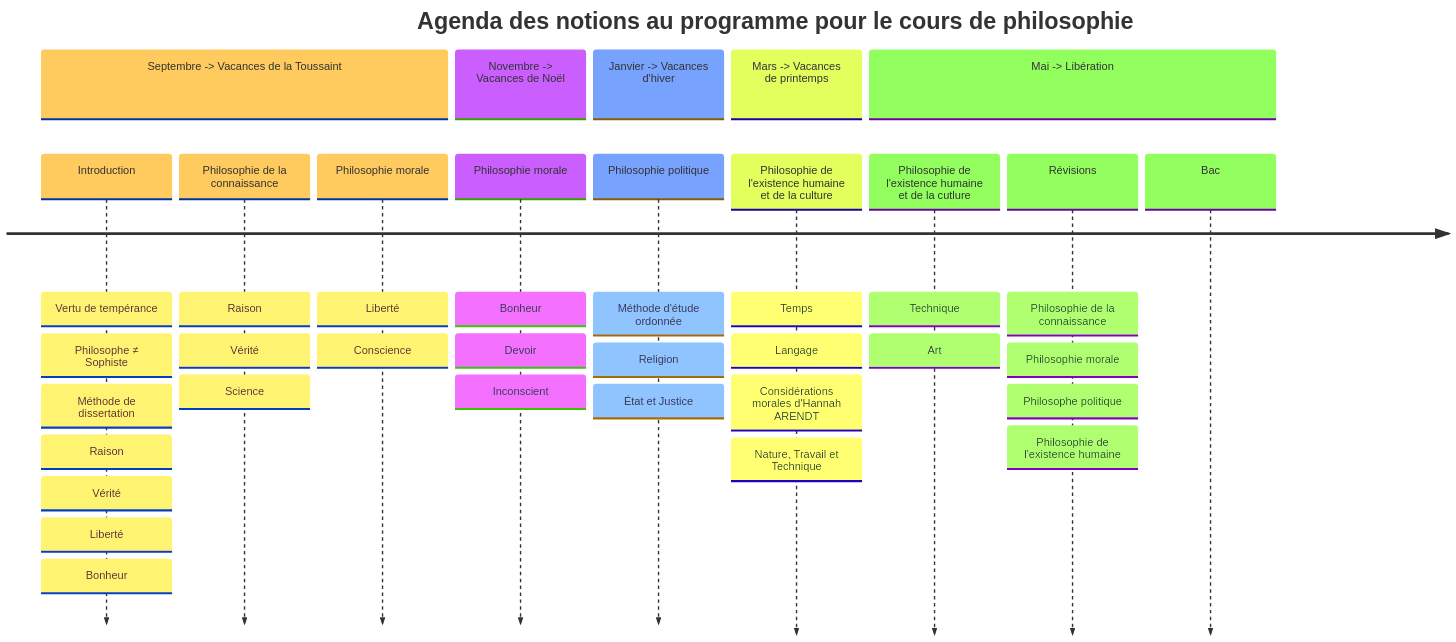
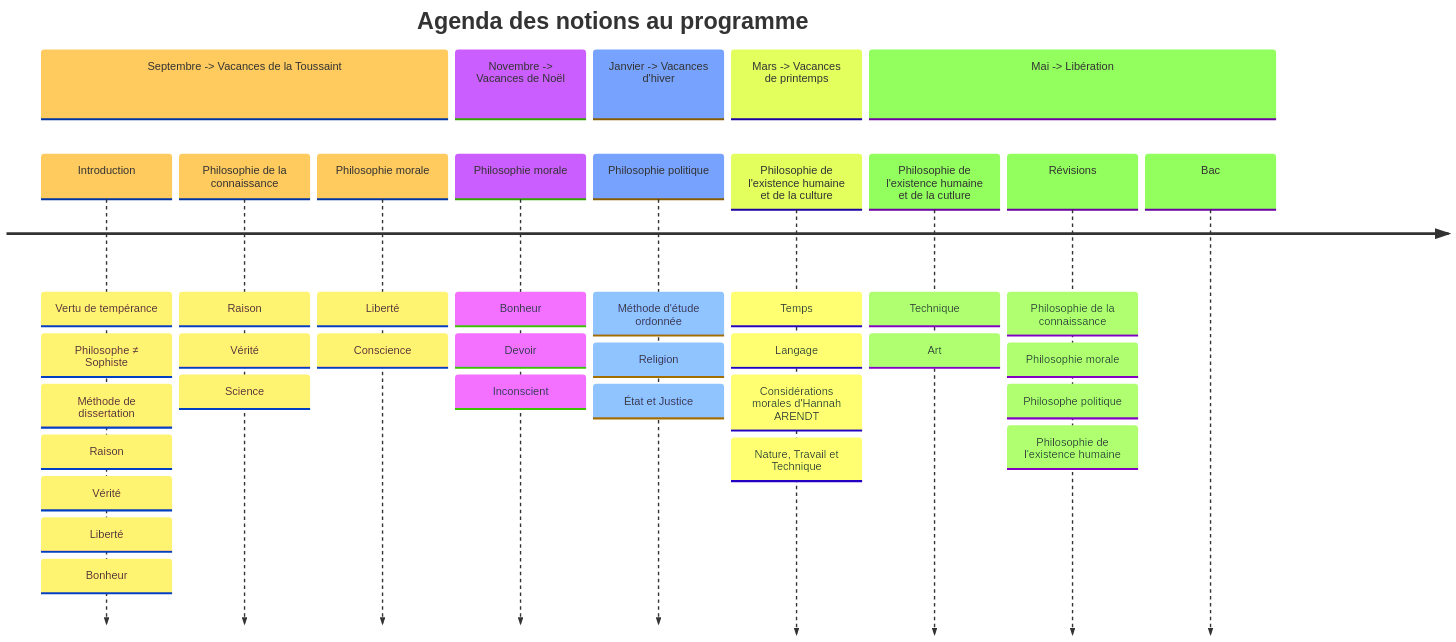
The diagram in PlanCours-notions.mmd (IpadDilectio/Mairmaid), drawn with Mermaid before and after one commit.

Commit message:
Update PlanCours-notions.mmd
J'ai raccourci le titre général

```diff
--- a/PlanCours-notions.mmd
+++ b/PlanCours-notions.mmd
@@ -1,22 +1,22 @@
 ---
 config:
   theme: base
   themeVariables:
     fontFamily: verdana
 ---
 timeline
-    title Agenda des notions au programme pour le cours de philosophie
+    title Agenda des notions au programme
     section Septembre -> Vacances de la Toussaint
         Introduction : Vertu de tempérance : Philosophe ≠ Sophiste : Méthode de dissertation : Raison : Vérité : Liberté : Bonheur
         Philosophie de la connaissance : Raison : Vérité : Science
         Philosophie morale : Liberté : Conscience
     section Novembre -> Vacances de Noël
         Philosophie morale : Bonheur : Devoir : Inconscient
     section Janvier -> Vacances d'hiver
         Philosophie politique : Méthode d'étude ordonnée : Religion : État et Justice
     section Mars -> Vacances de printemps
         Philosophie de l'existence humaine et de la culture : Temps : Langage : Considérations morales d'Hannah ARENDT : Nature, Travail et Technique
     section Mai -> Libération
         Philosophie de l'existence humaine et de la cutlure : Technique : Art
         Révisions : Philosophie de la connaissance : Philosophie morale : Philosophe politique : Philosophie de l'existence humaine
         Bac
```
